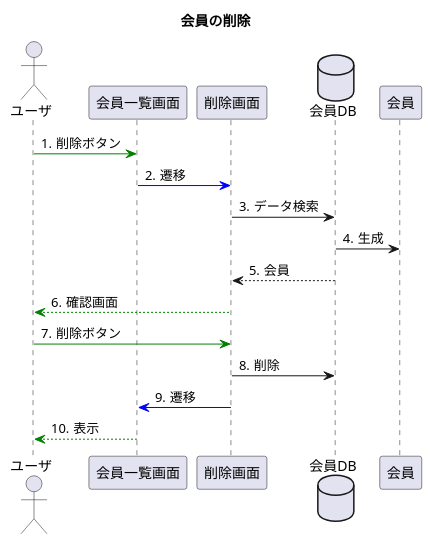
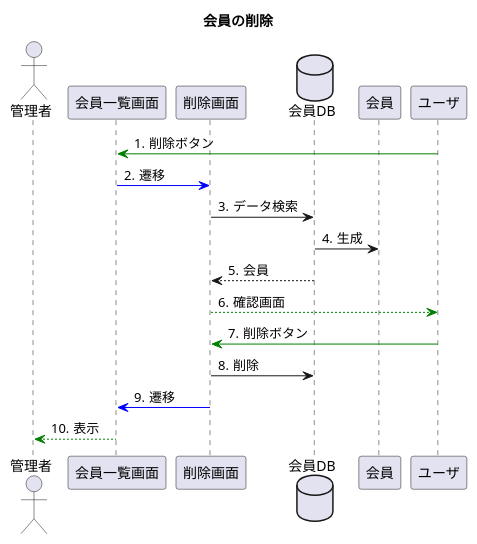
The diagram in uml/seq_del.pu (toufu66/ProjectC), drawn with PlantUML before and after one commit. The commit also changed 1 other file, not shown here.

```diff
--- a/uml/seq_del.pu
+++ b/uml/seq_del.pu
@@ -1,22 +1,22 @@
 @startuml
 title 会員の削除
 
 autonumber "#."
 
-actor ユーザ
+actor 管理者
 participant 会員一覧画面
 participant 削除画面
 database 会員DB
 participant 会員
 
 ユーザ -[#green]> 会員一覧画面:削除ボタン
 会員一覧画面 -[#blue]> 削除画面:遷移
 削除画面 -> 会員DB:データ検索
 会員DB -> 会員:生成
 会員DB --> 削除画面:会員
 削除画面 --[#green]> ユーザ:確認画面
 ユーザ -[#green]> 削除画面:削除ボタン
 削除画面 -> 会員DB:削除
 削除画面 -[#blue]> 会員一覧画面:遷移
-会員一覧画面 --[#green]> ユーザ:表示
+会員一覧画面 --[#green]> 管理者:表示
 @enduml
```
